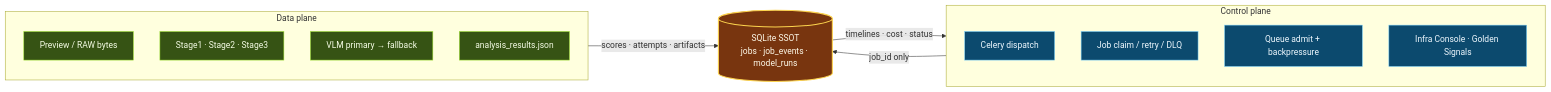
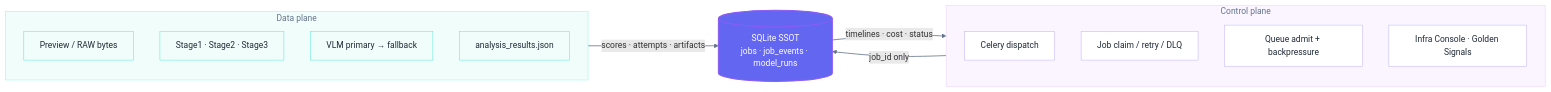
One commit to postrockicecola/livehouse-photo-agent changed the third of 3 diagrams in README.md. Above: the diagram before and after it, drawn with Mermaid. The commit also changed other lines of this file, not shown here.

Commit message:
Restyle README architecture diagrams to a light indigo/teal palette.

````diff
--- a/README.md
+++ b/README.md
@@ -348,32 +361,35 @@
 ```mermaid
 flowchart LR
-    classDef ctrl fill:#0c4a6e,stroke:#7dd3fc,color:#f0f9ff
-    classDef data fill:#365314,stroke:#a3e635,color:#f7fee7
-    classDef ssot fill:#78350f,stroke:#fcd34d,color:#fffbeb,stroke-width:2px
+    classDef ctrl fill:#FFFFFF,stroke:#C4B5FD,color:#1F2937
+    classDef data fill:#F0FDFA,stroke:#5EEAD4,color:#1F2937
+    classDef ssot fill:#6366F1,stroke:#8B5CF6,color:#FFFFFF,stroke-width:2px
 
     subgraph CTRL["Control plane"]
         direction TB
         C1[Celery dispatch]
         C2[Job claim / retry / DLQ]
         C3[Queue admit + backpressure]
         C4[Infra Console · Golden Signals]
     end
 
     subgraph DATA["Data plane"]
         direction TB
         D1[Preview / RAW bytes]
         D2[Stage1 · Stage2 · Stage3]
         D3[VLM primary → fallback]
         D4[analysis_results.json]
     end
 
     SSOT[("SQLite SSOT<br/>jobs · job_events · model_runs")]
 
     CTRL -->|job_id only| SSOT
     DATA -->|scores · attempts · artifacts| SSOT
     SSOT -->|timelines · cost · status| CTRL
 
     class C1,C2,C3,C4 ctrl
     class D1,D2,D3,D4 data
     class SSOT ssot
+    style CTRL fill:#FAF5FF,stroke:#E9D5FF,color:#64748B
+    style DATA fill:#F0FDFA,stroke:#99F6E4,color:#64748B
+    linkStyle default stroke:#64748B,stroke-width:1.5px
 ```
````
